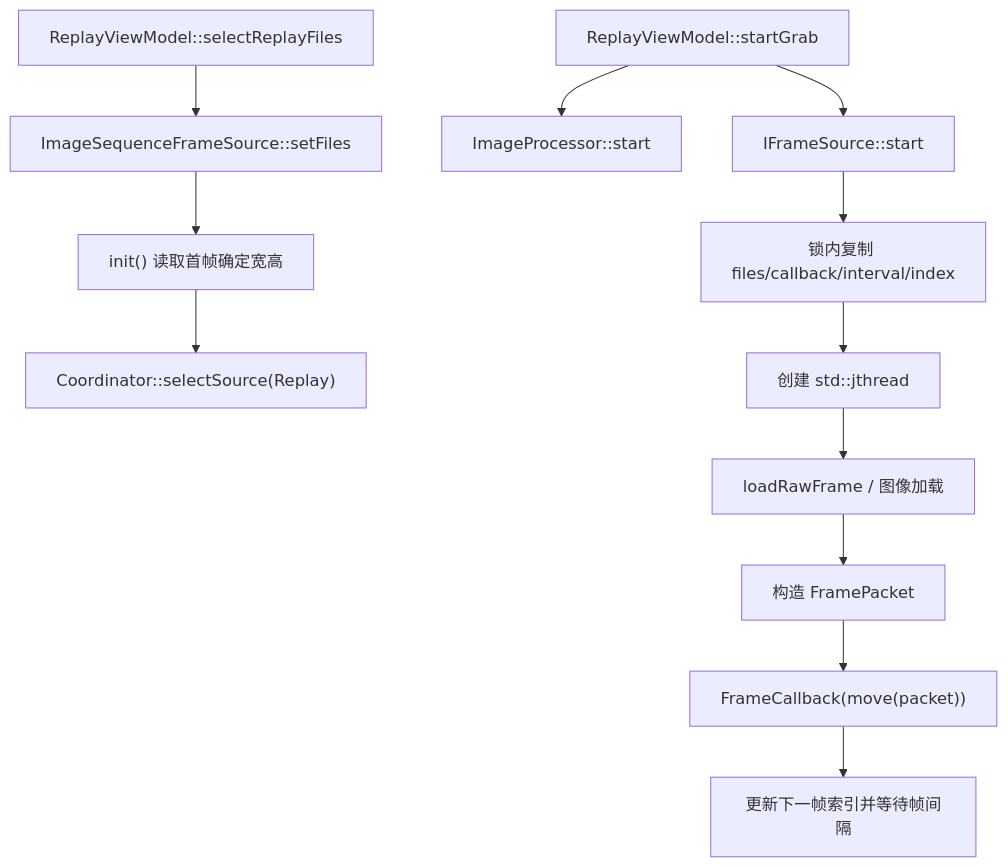
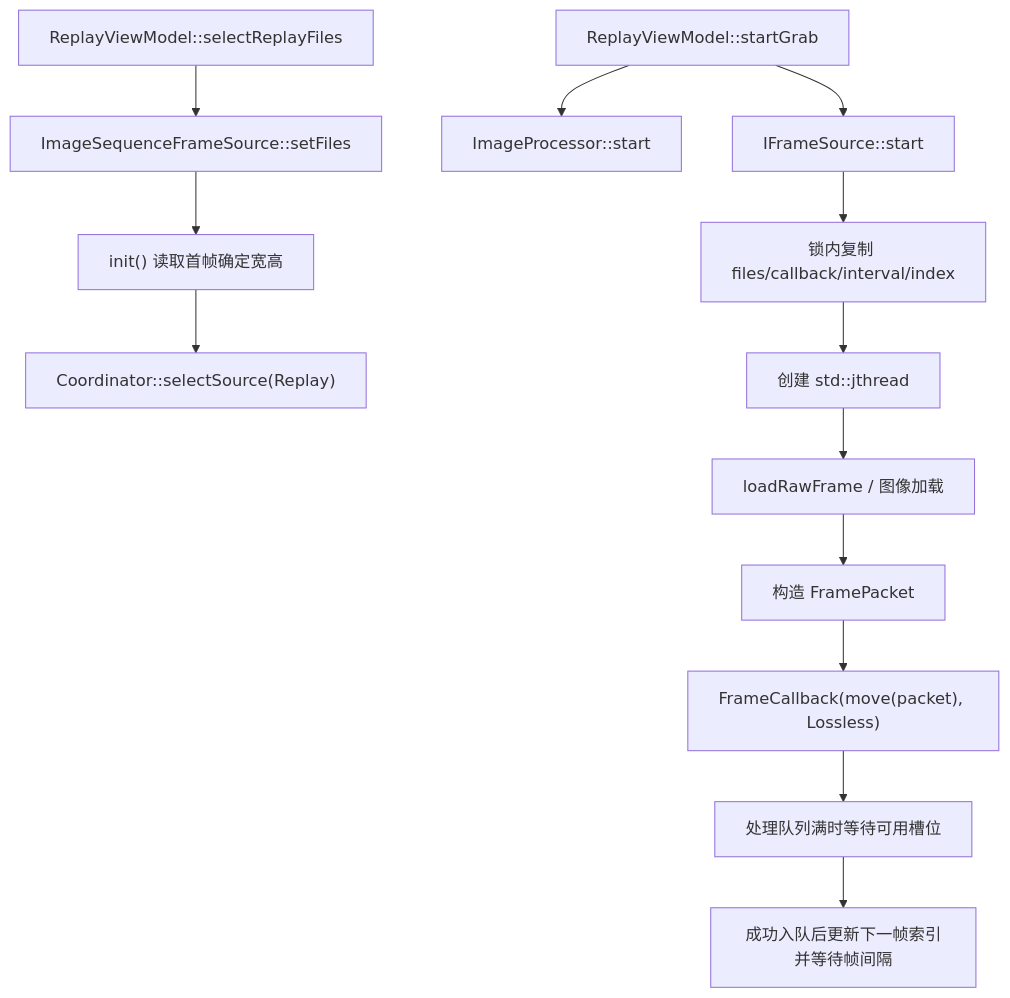
Before and after one commit to with-fair-wind/1mZGG: the fourth of 6 diagrams in docs/module-acquisition.md, drawn with Mermaid. The commit also changed other lines of this file and 21 other files, not shown here.

````diff
--- a/docs/module-acquisition.md
+++ b/docs/module-acquisition.md
@@ -209,14 +209,15 @@
 ```mermaid
 flowchart TD
     PICK["ReplayViewModel::selectReplayFiles"] --> FILES["ImageSequenceFrameSource::setFiles"]
     FILES --> INIT["init() 读取首帧确定宽高"]
     INIT --> SELECT["Coordinator::selectSource(Replay)"]
     START["ReplayViewModel::startGrab"] --> PST["ImageProcessor::start"]
     START --> SST["IFrameSource::start"]
     SST --> COPY["锁内复制 files/callback/interval/index"]
     COPY --> THREAD["创建 std::jthread"]
     THREAD --> LOAD["loadRawFrame / 图像加载"]
     LOAD --> PACKET["构造 FramePacket"]
-    PACKET --> CALLBACK["FrameCallback(move(packet))"]
-    CALLBACK --> NEXT["更新下一帧索引并等待帧间隔"]
+    PACKET --> CALLBACK["FrameCallback(move(packet), Lossless)"]
+    CALLBACK --> WAIT["处理队列满时等待可用槽位"]
+    WAIT --> NEXT["成功入队后更新下一帧索引并等待帧间隔"]
 ```
````
